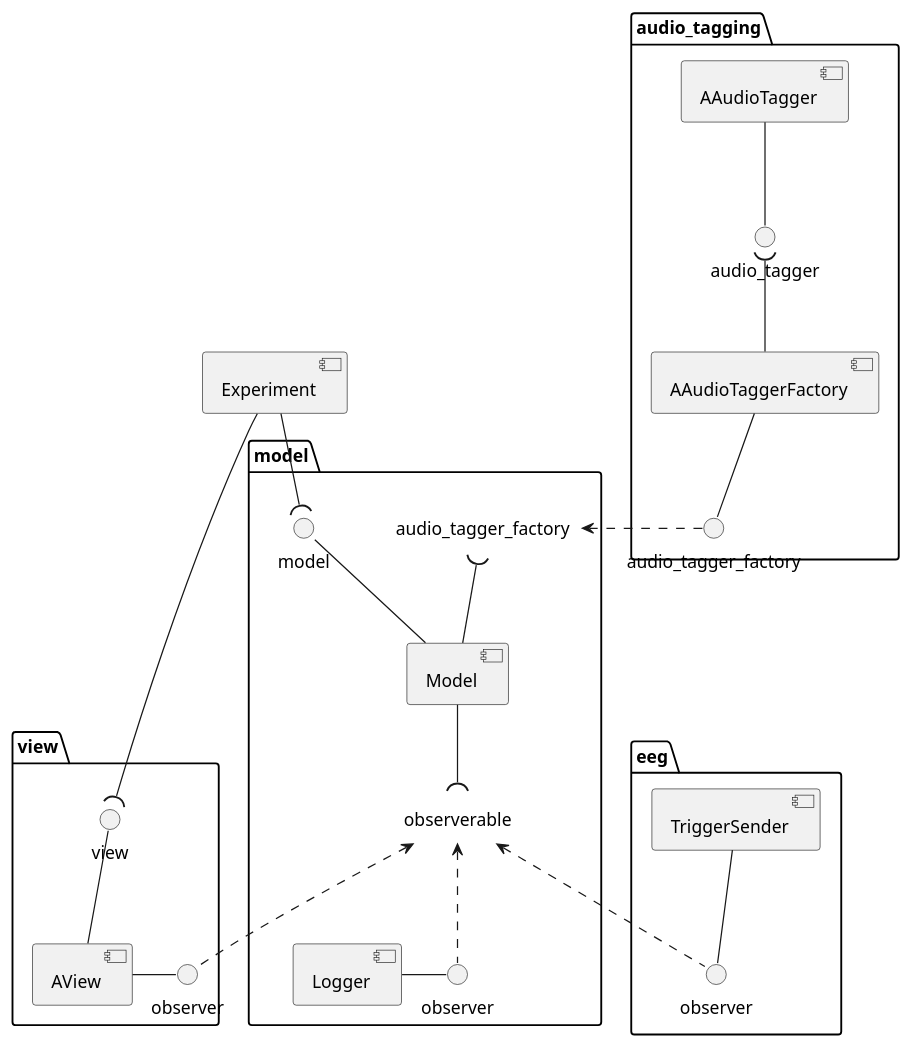
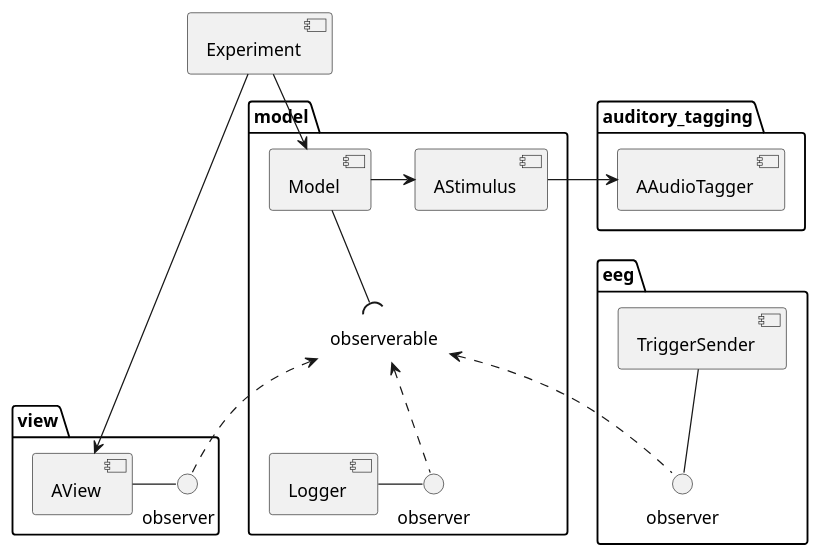
One commit to michalrzak/auditory-intention-decoding changed the diagram in diagrams/plantuml/component.puml. Above: the diagram before and after it, drawn with PlantUML. The commit also changed 2 other files, not shown here.

```diff
--- a/diagrams/plantuml/component.puml
+++ b/diagrams/plantuml/component.puml
@@ -1,56 +1,42 @@
 @startuml
-
 package model {
     component Model
     label observerable as observer
     Model --( observer
 
-    () model as model_provider
-    Model -u- model_provider
-
-    label audio_tagger_factory as atf
-    Model -u-( atf
-
     component Logger
     () observer as logger_observer
     Logger -r- logger_observer
 
+    component AStimulus
+
+    Model -r-> AStimulus
 }
 
 package view {
     component AView
-    () observer as view_observer
+    () "observer    " as view_observer
     AView -r- view_observer
-
-    () view as view_provider
-    AView -u- view_provider
 
 }
 
 package eeg {
     component TriggerSender
     () observer as trigger_observer
     TriggerSender -- trigger_observer
 }
 
-package audio_tagging {
+package auditory_tagging {
     component AAudioTagger
-    () audio_tagger
-    AAudioTagger -d- audio_tagger
-
-    component AAudioTaggerFactory
-    AAudioTaggerFactory -u-( audio_tagger
-    () audio_tagger_factory
-    AAudioTaggerFactory -- audio_tagger_factory
 }
-audio_tagger_factory .r.> atf
 
 component Experiment
-Experiment --( model_provider
-Experiment --( view_provider
+Experiment --> Model
+Experiment --> AView
 
 observer <.. view_observer
 observer <.. logger_observer
 observer <.. trigger_observer
 
+AStimulus -l-> AAudioTagger
 @enduml
```
